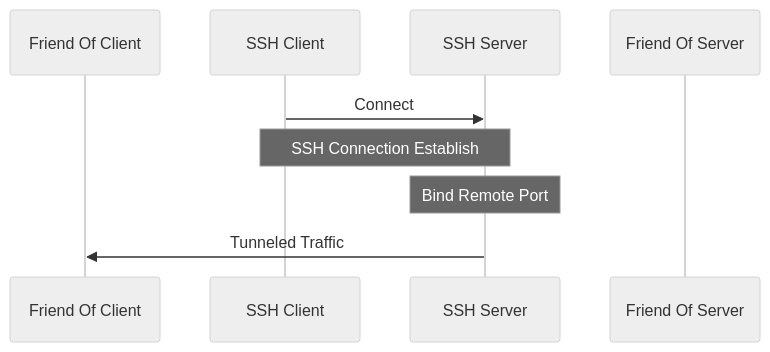
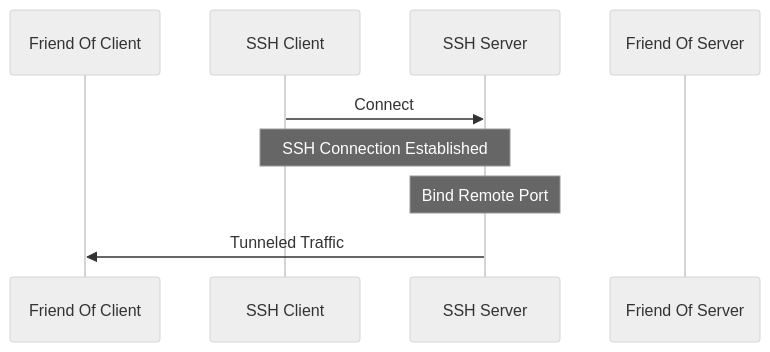
The second of 3 diagrams in README.md (buganini/paramiko-tunnel), drawn with Mermaid (neutral theme) before and after one commit. The commit also changed other lines of this file, not shown here.

Commit message:
update sequence diagram

````diff
--- a/README.md
+++ b/README.md
@@ -23,11 +23,11 @@
 ```mermaid
 sequenceDiagram
     participant Friend Of Client
     participant SSH Client
     participant SSH Server
     participant Friend Of Server
     SSH Client->>SSH Server: Connect
-    Note over SSH Client,SSH Server: SSH Connection Establish
+    Note over SSH Client,SSH Server: SSH Connection Established
     Note over SSH Server: Bind Remote Port
     SSH Server->>Friend Of Client: Tunneled Traffic
 ```
````
